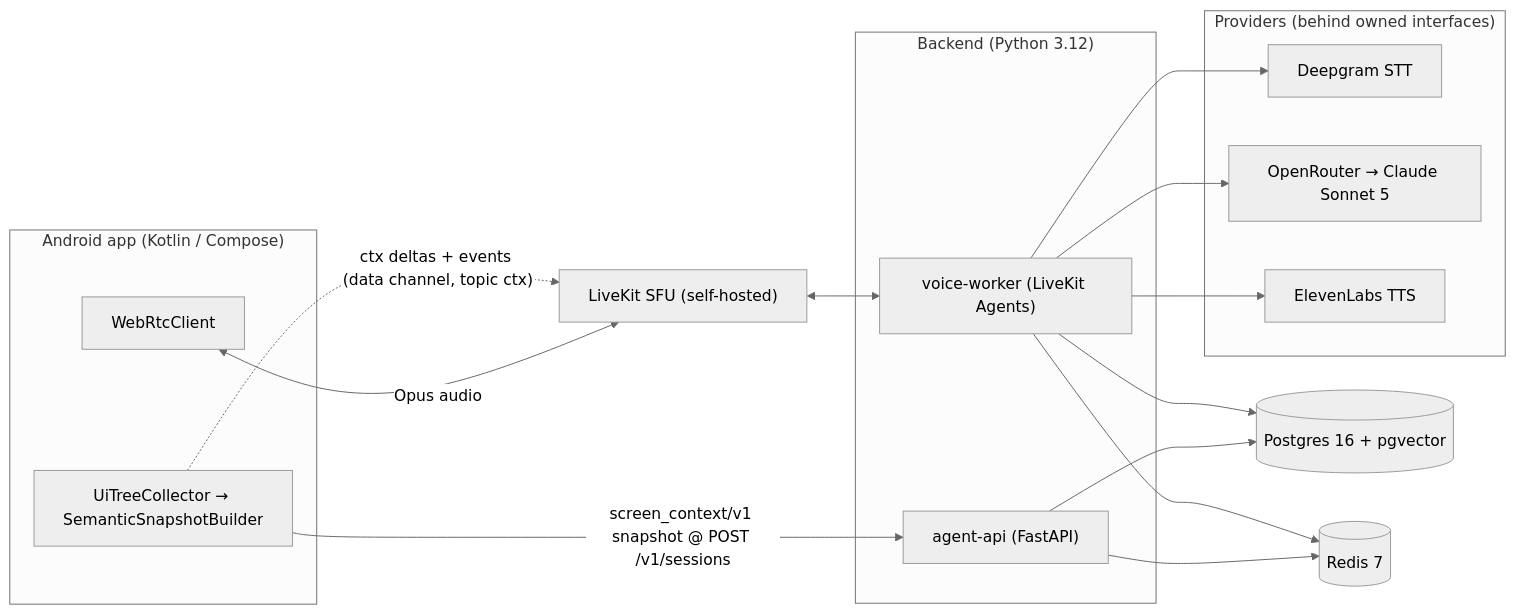
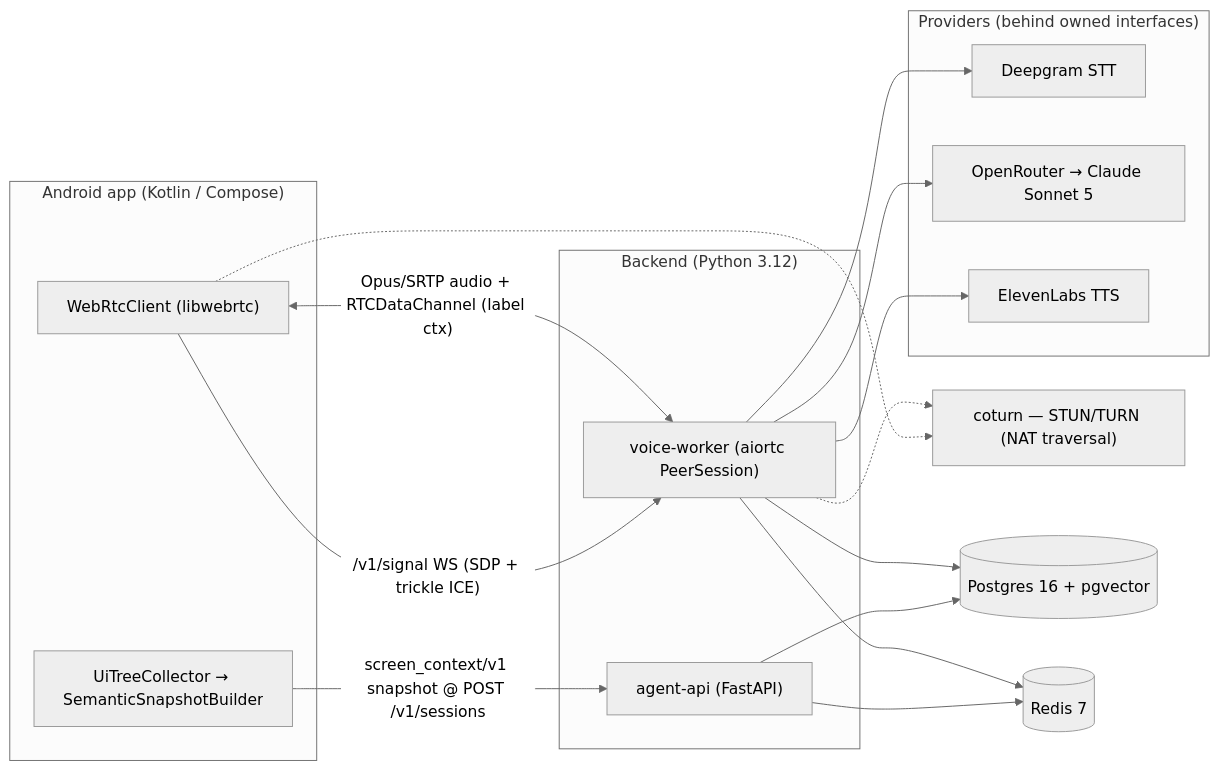
Before and after one commit to bibekanandan892/vyaparpay-voice-agent: the diagram in README.md, drawn with Mermaid (neutral theme). The commit also changed other lines of this file and 22 other files, not shown here.

First line of the commit message:
refactor(arch): replace LiveKit with raw WebRTC (libwebrtc + aiortc)

````diff
--- a/README.md
+++ b/README.md
@@ -104,31 +106,32 @@
 ```mermaid
 flowchart LR
     subgraph Android["Android app (Kotlin / Compose)"]
         UI["UiTreeCollector → SemanticSnapshotBuilder"]
-        RTC["WebRtcClient"]
+        RTC["WebRtcClient (libwebrtc)"]
     end
-    LK["LiveKit SFU (self-hosted)"]
+    TURN["coturn — STUN/TURN (NAT traversal)"]
     subgraph Backend["Backend (Python 3.12)"]
         API["agent-api (FastAPI)"]
-        VW["voice-worker (LiveKit Agents)"]
+        VW["voice-worker (aiortc PeerSession)"]
     end
     subgraph Providers["Providers (behind owned interfaces)"]
         STT["Deepgram STT"]
         LLM["OpenRouter → Claude Sonnet 5"]
         TTS["ElevenLabs TTS"]
     end
     DB[("Postgres 16 + pgvector")]
     RD[("Redis 7")]
 
     UI -->|"screen_context/v1 snapshot @ POST /v1/sessions"| API
-    RTC <-->|"Opus audio"| LK
-    UI -.->|"ctx deltas + events (data channel, topic ctx)"| LK
-    LK <--> VW
+    RTC -->|"/v1/signal WS (SDP + trickle ICE)"| VW
+    RTC <-->|"Opus/SRTP audio + RTCDataChannel (label ctx)"| VW
+    RTC -.-> TURN
+    VW -.-> TURN
     VW --> STT
     VW --> LLM
     VW --> TTS
     API --> DB
     API --> RD
     VW --> RD
     VW --> DB
 ```
````
